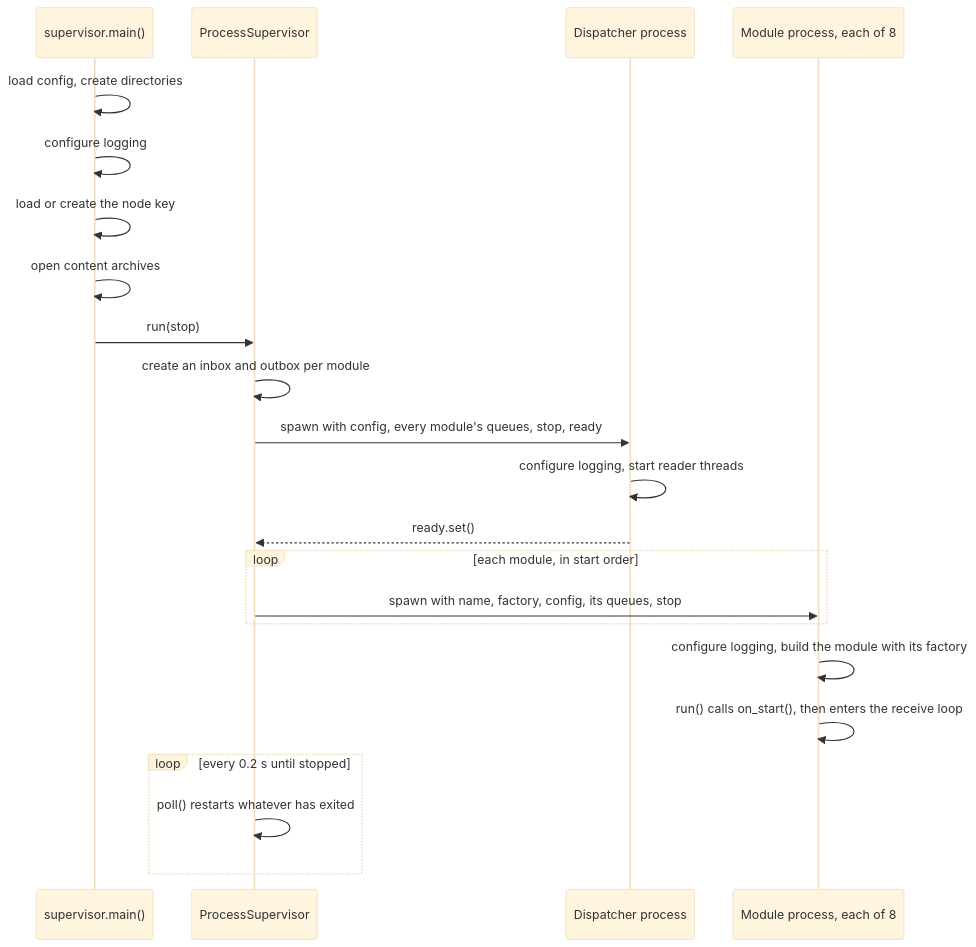
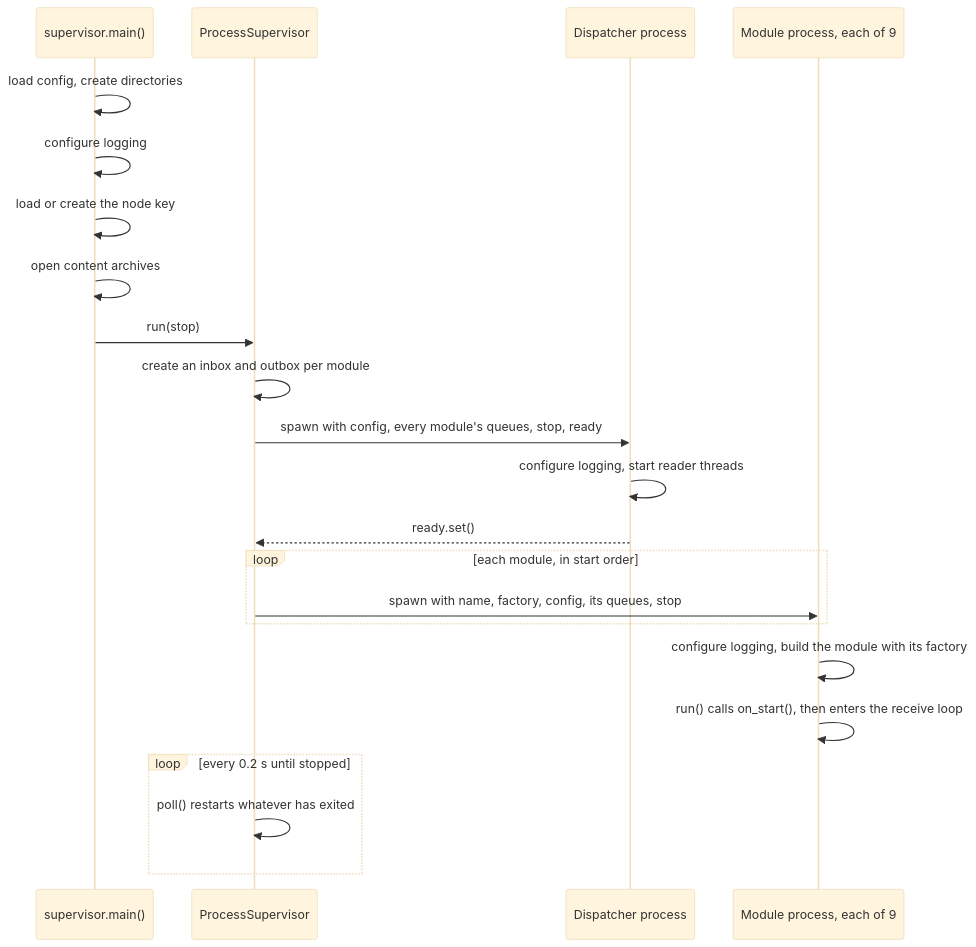
One commit to marcpage/libranet changed the third of 13 diagrams in docs/implementation/Module System.md. Above: the diagram before and after it, drawn with Mermaid (base theme). The commit also changed other lines of this file and 21 other files, not shown here.

````diff
--- a/docs/implementation/Module System.md
+++ b/docs/implementation/Module System.md
@@ -440,25 +456,25 @@
 ```mermaid
 sequenceDiagram
     participant main as supervisor.main()
     participant sup as ProcessSupervisor
     participant disp as Dispatcher process
-    participant mod as Module process, each of 8
+    participant mod as Module process, each of 9
 
     main->>main: load config, create directories
     main->>main: configure logging
     main->>main: load or create the node key
     main->>main: open content archives
     main->>sup: run(stop)
     sup->>sup: create an inbox and outbox per module
     sup->>disp: spawn with config, every module's queues, stop, ready
     disp->>disp: configure logging, start reader threads
     disp-->>sup: ready.set()
     loop each module, in start order
         sup->>mod: spawn with name, factory, config, its queues, stop
     end
     mod->>mod: configure logging, build the module with its factory
     mod->>mod: run() calls on_start(), then enters the receive loop
     loop every 0.2 s until stopped
         sup->>sup: poll() restarts whatever has exited
     end
 ```
````
